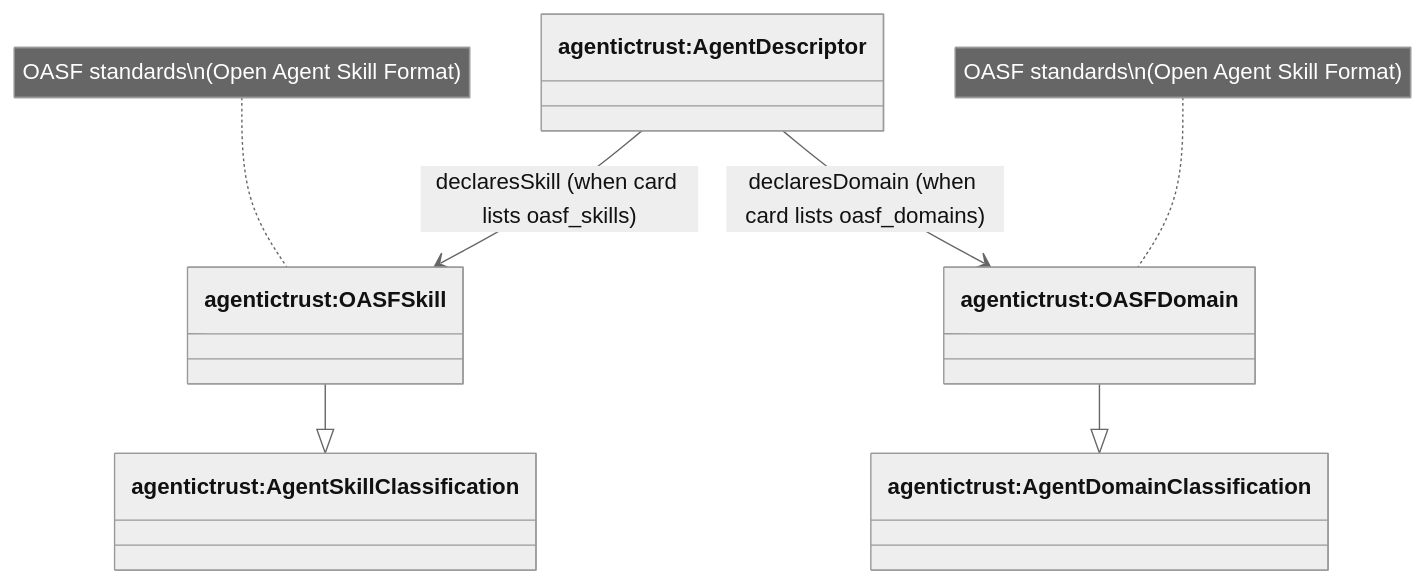
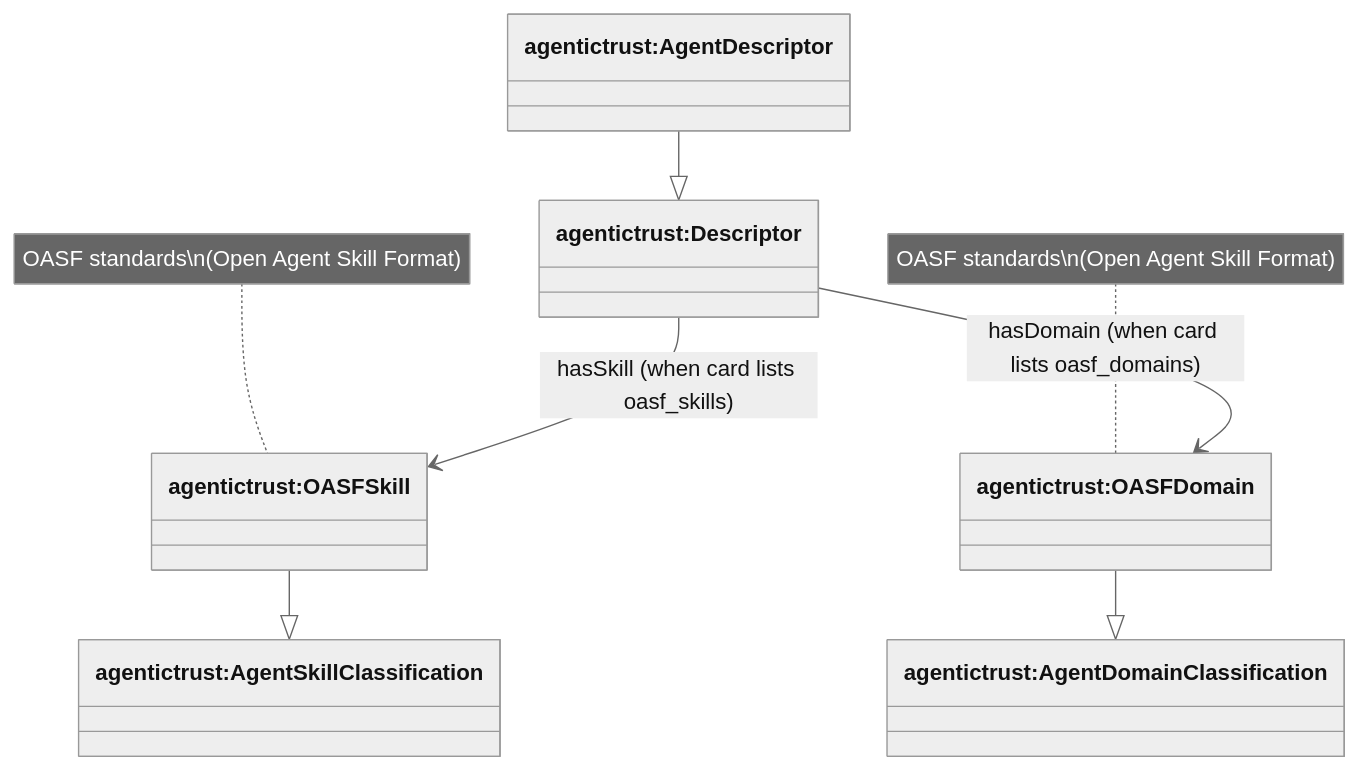
The second of 2 diagrams in docs/ontology/skills-domains.md (Agentic-Trust-Layer/agent-explorer), drawn with Mermaid (neutral theme) before and after one commit. The commit also changed other lines of this file and 4 other files, not shown here.

````diff
--- a/docs/ontology/skills-domains.md
+++ b/docs/ontology/skills-domains.md
@@ -79,19 +80,21 @@
 ```mermaid
 classDiagram
 direction TB
 
 class OASFSkill["agentictrust:OASFSkill"]
 class OASFDomain["agentictrust:OASFDomain"]
+class Descriptor["agentictrust:Descriptor"]
 class AgentDescriptor["agentictrust:AgentDescriptor"]
 class AgentSkillClassification["agentictrust:AgentSkillClassification"]
 class AgentDomainClassification["agentictrust:AgentDomainClassification"]
 
-AgentDescriptor --> OASFSkill : declaresSkill (when card lists oasf_skills)
-AgentDescriptor --> OASFDomain : declaresDomain (when card lists oasf_domains)
+AgentDescriptor --|> Descriptor
+Descriptor --> OASFSkill : hasSkill (when card lists oasf_skills)
+Descriptor --> OASFDomain : hasDomain (when card lists oasf_domains)
 
 OASFSkill --|> AgentSkillClassification
 OASFDomain --|> AgentDomainClassification
 
 note for OASFSkill "OASF standards\n(Open Agent Skill Format)"
 note for OASFDomain "OASF standards\n(Open Agent Skill Format)"
 ```
````
